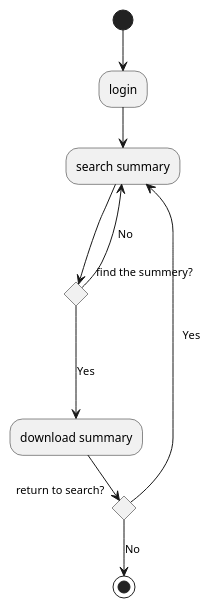
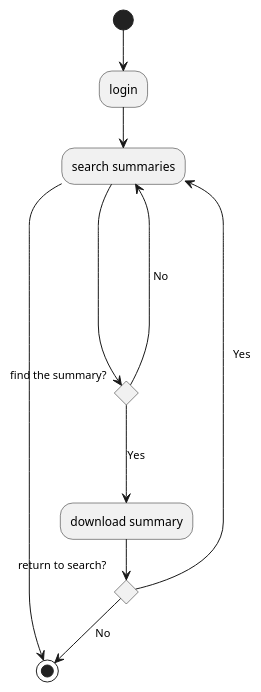
Before and after one commit to boaz30333/Hamesakem--Android-app: the diagram in app/UML/Activity.puml, drawn with PlantUML. The commit also changed 2 other files, not shown here.

Commit message:
Update slides and diagrams

```diff
--- a/app/UML/Activity.puml
+++ b/app/UML/Activity.puml
@@ -1,14 +1,16 @@
 @startuml
 (*)  -->"login"
--->"search summary"
-If "find the summery?" then
+-->"search summaries"
+If "find the summary?" then
 ---> [Yes] "download summary"
 If "return to search?" then
---> [   Yes] "search summary"
+--> [   Yes] "search summaries"
 else
 --> [No] (*)
 Endif
 else
----> [ No] "search summary"
+-----> [ No] "search summaries"
 Endif
+"search summaries" -> (*)
+
 @enduml
```
